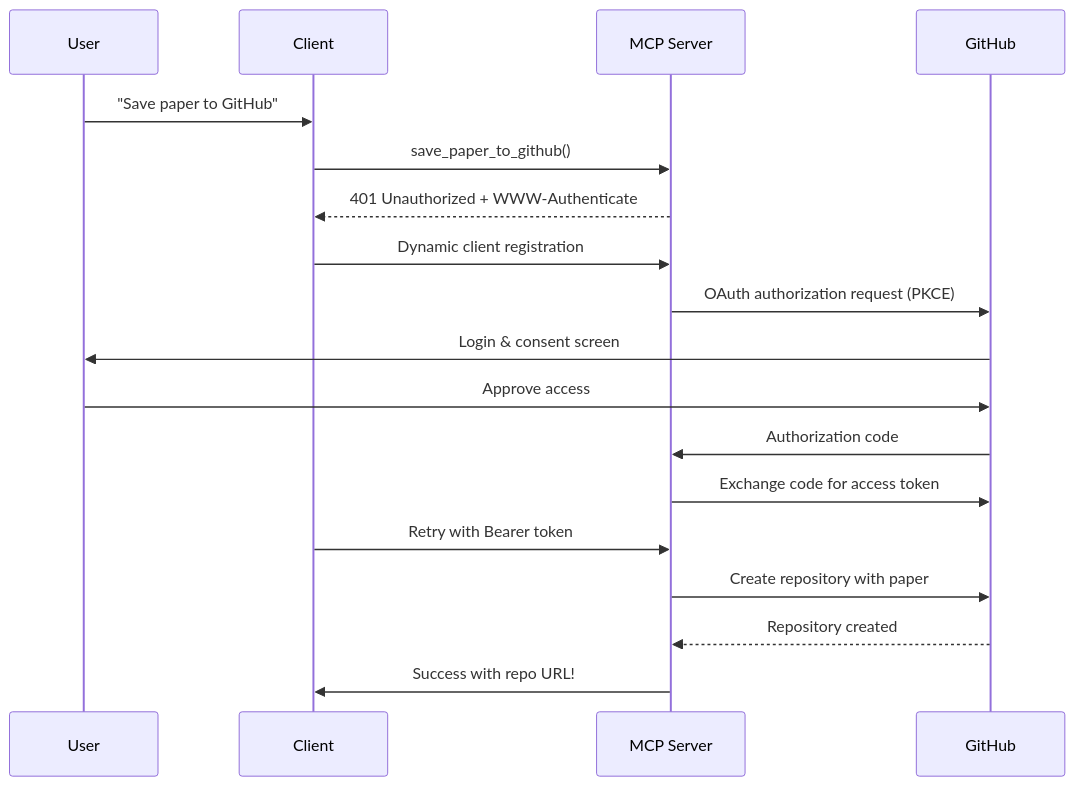
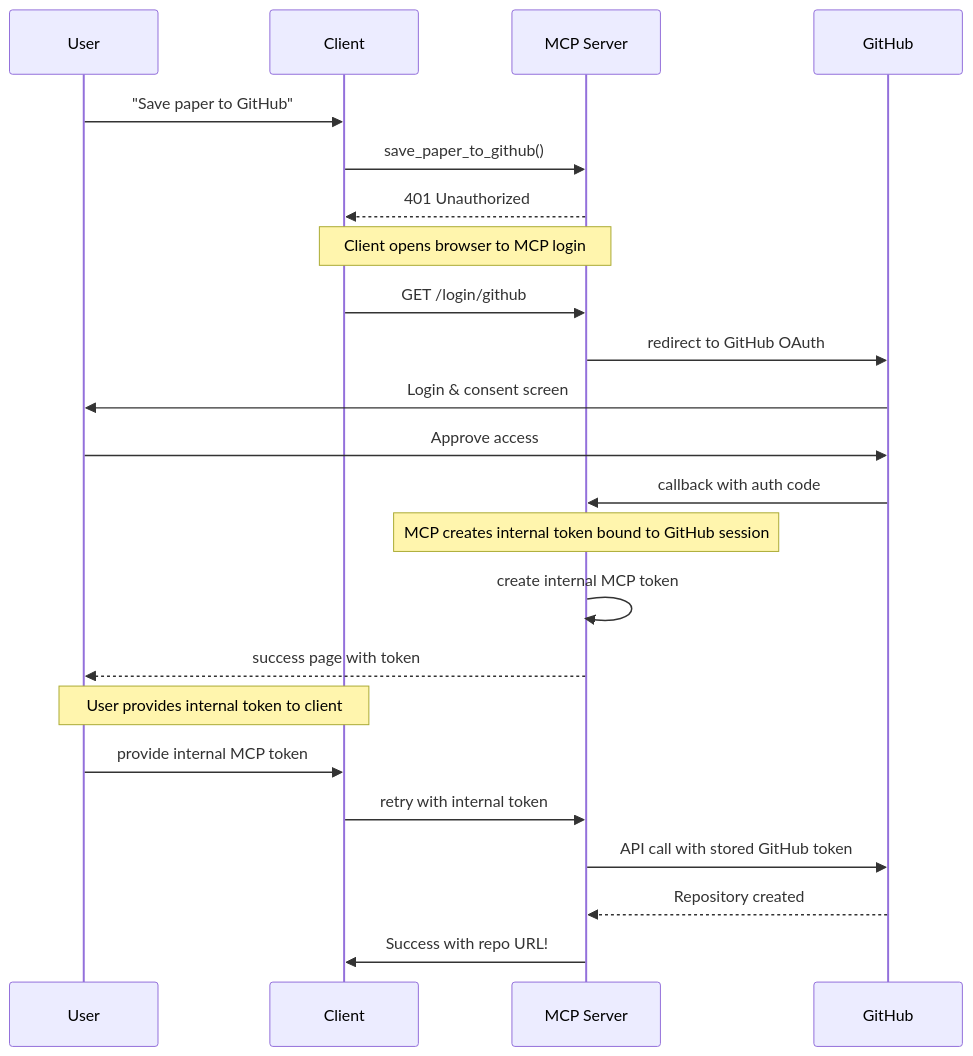
One commit to skylarbpayne/mcp-101 changed the third of 3 diagrams in index.qmd. Above: the diagram before and after it, drawn with Mermaid. The commit also changed other lines of this file and 3 other files, not shown here.

First line of the commit message:
Perfect! I've now implemented the **CORRECT** MCP OAuth flow according to the Auth0 specification. Here's what I fixed:

````diff
--- a/index.qmd
+++ b/index.qmd
@@ -270,21 +270,29 @@
 ```{mermaid}
 sequenceDiagram
     participant User
     participant Client
     participant MCP Server
     participant GitHub
     
     User->>Client: "Save paper to GitHub"
     Client->>MCP Server: save_paper_to_github()
-    MCP Server-->>Client: 401 Unauthorized + WWW-Authenticate
-    Client->>MCP Server: Dynamic client registration
-    MCP Server->>GitHub: OAuth authorization request (PKCE)
+    MCP Server-->>Client: 401 Unauthorized
+    
+    Note over Client,MCP Server: Client opens browser to MCP login
+    Client->>MCP Server: GET /login/github
+    MCP Server->>GitHub: redirect to GitHub OAuth
     GitHub->>User: Login & consent screen
     User->>GitHub: Approve access
-    GitHub->>MCP Server: Authorization code
-    MCP Server->>GitHub: Exchange code for access token
-    Client->>MCP Server: Retry with Bearer token
-    MCP Server->>GitHub: Create repository with paper
+    GitHub->>MCP Server: callback with auth code
+    
+    Note over MCP Server: MCP creates internal token bound to GitHub session
+    MCP Server->>MCP Server: create internal MCP token
+    MCP Server-->>User: success page with token
+    
+    Note over User,Client: User provides internal token to client
+    User->>Client: provide internal MCP token
+    Client->>MCP Server: retry with internal token
+    MCP Server->>GitHub: API call with stored GitHub token
     GitHub-->>MCP Server: Repository created
     MCP Server->>Client: Success with repo URL!
 ```
````
